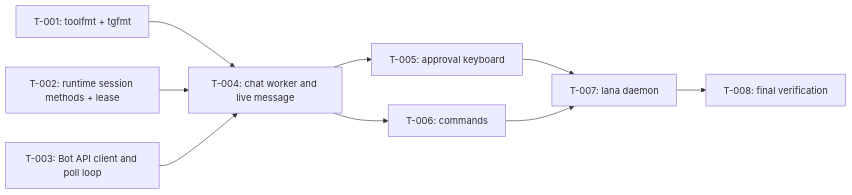
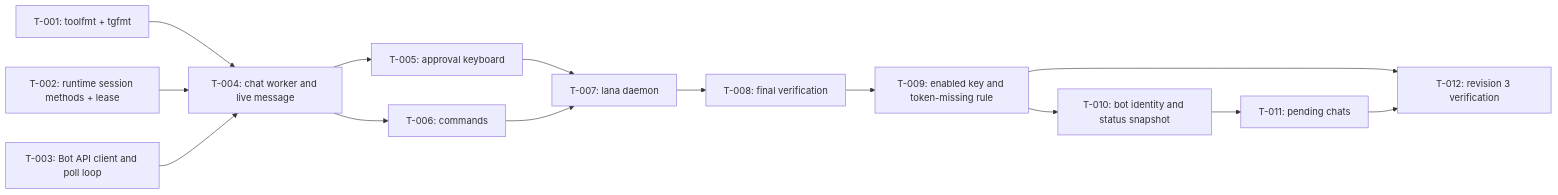
Before and after one commit to ridhomujizat/lana-harness: the diagram in docs/specs/6-daemon-telegram/tasks.md, drawn with Mermaid. The commit also changed other lines of this file and 379 other files, not shown here.

````diff
--- a/docs/specs/6-daemon-telegram/tasks.md
+++ b/docs/specs/6-daemon-telegram/tasks.md
@@ -33,11 +36,16 @@
 ```mermaid
 flowchart LR
   T1["T-001: toolfmt + tgfmt"] --> T4["T-004: chat worker and live message"]
   T2["T-002: runtime session methods + lease"] --> T4
   T3["T-003: Bot API client and poll loop"] --> T4
   T4 --> T5["T-005: approval keyboard"]
   T4 --> T6["T-006: commands"]
   T5 --> T7["T-007: lana daemon"]
   T6 --> T7
   T7 --> T8["T-008: final verification"]
+  T8 --> T9["T-009: enabled key and token-missing rule"]
+  T9 --> T10["T-010: bot identity and status snapshot"]
+  T10 --> T11["T-011: pending chats"]
+  T9 --> T12["T-012: revision 3 verification"]
+  T11 --> T12
 ```
````
